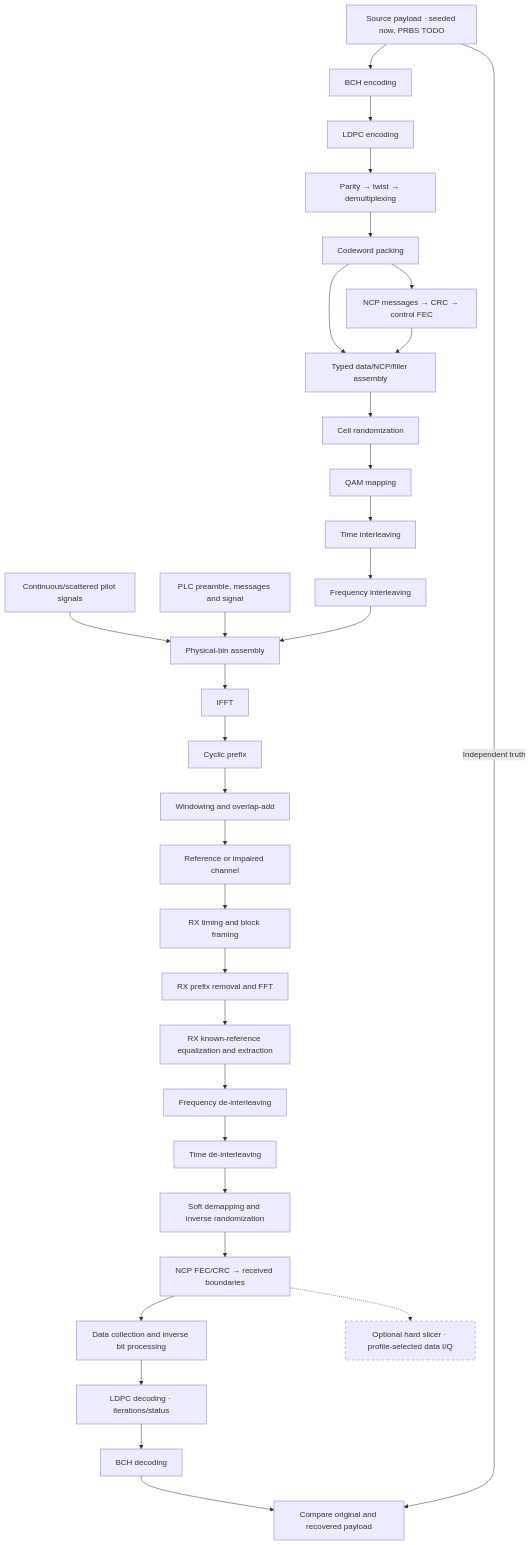
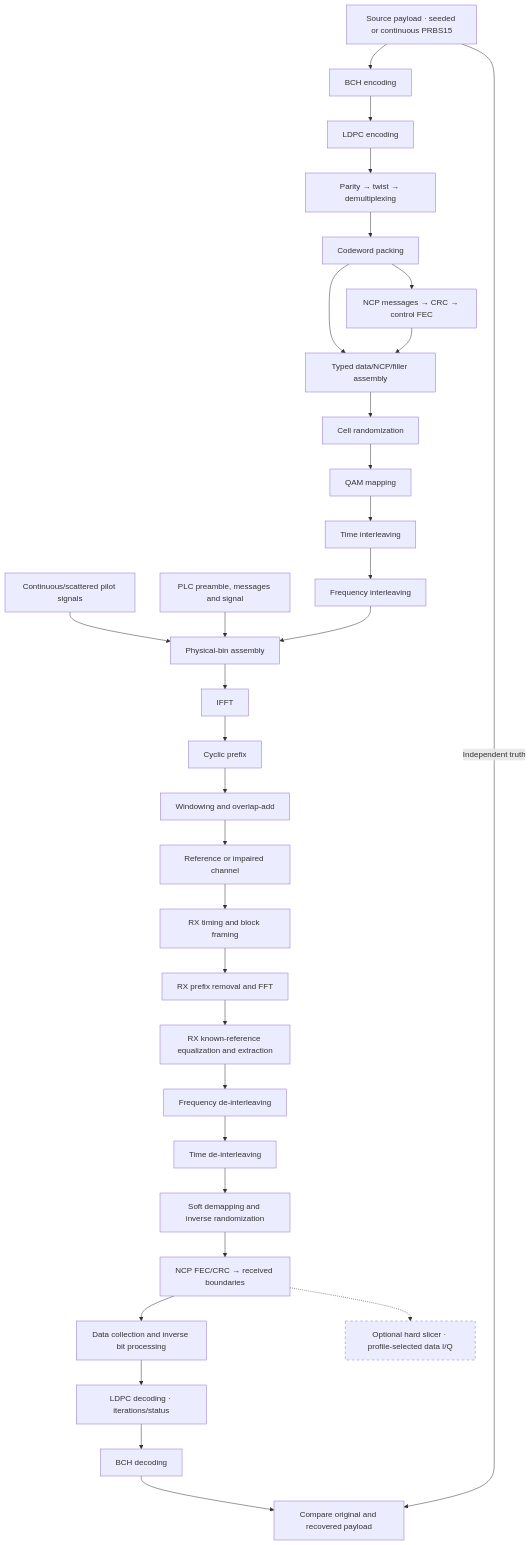
One commit to mgarcia01752/merlin changed the diagram in docs/architecture.md. Above: the diagram before and after it, drawn with Mermaid. The commit also changed other lines of this file and 18 other files, not shown here.

````diff
--- a/docs/architecture.md
+++ b/docs/architecture.md
@@ -129,27 +130,27 @@
 ```mermaid
 flowchart TB
-    SOURCE["Source payload · seeded now, PRBS TODO"] --> BCH["BCH encoding"]
+    SOURCE["Source payload · seeded or continuous PRBS15"] --> BCH["BCH encoding"]
     BCH --> LDPC["LDPC encoding"] --> BITS["Parity → twist → demultiplexing"]
     BITS --> PACK["Codeword packing"]
     PACK --> NCP["NCP messages → CRC → control FEC"]
     PACK --> CELLS["Typed data/NCP/filler assembly"]
     NCP --> CELLS
     CELLS --> RAND["Cell randomization"] --> QAM["QAM mapping"]
     QAM --> TIME["Time interleaving"] --> FREQ["Frequency interleaving"]
     PILOTS["Continuous/scattered pilot signals"] --> FRAME["Physical-bin assembly"]
     PLC["PLC preamble, messages and signal"] --> FRAME
     FREQ --> FRAME --> IFFT["IFFT"] --> CP["Cyclic prefix"]
     CP --> WINDOW["Windowing and overlap-add"] --> CHANNEL["Reference or impaired channel"]
     CHANNEL --> TIMING["RX timing and block framing"] --> FFT["RX prefix removal and FFT"]
     FFT --> EQ["RX known-reference equalization and extraction"]
     EQ --> INVF["Frequency de-interleaving"] --> INVT["Time de-interleaving"]
     INVT --> DEMAP["Soft demapping and inverse randomization"]
     DEMAP --> NCPRX["NCP FEC/CRC → received boundaries"]
     NCPRX --> BITRX["Data collection and inverse bit processing"]
     BITRX --> LDPCDEC["LDPC decoding · iterations/status"]
     LDPCDEC --> BCHDEC["BCH decoding"] --> TRUTH["Compare original and recovered payload"]
     SOURCE -->|"Independent truth"| TRUTH
     NCPRX -.-> SLICER["Optional hard slicer · profile-selected data I/Q"]
     classDef planned stroke-dasharray: 5 5;
     class SLICER planned;
 ```
````
